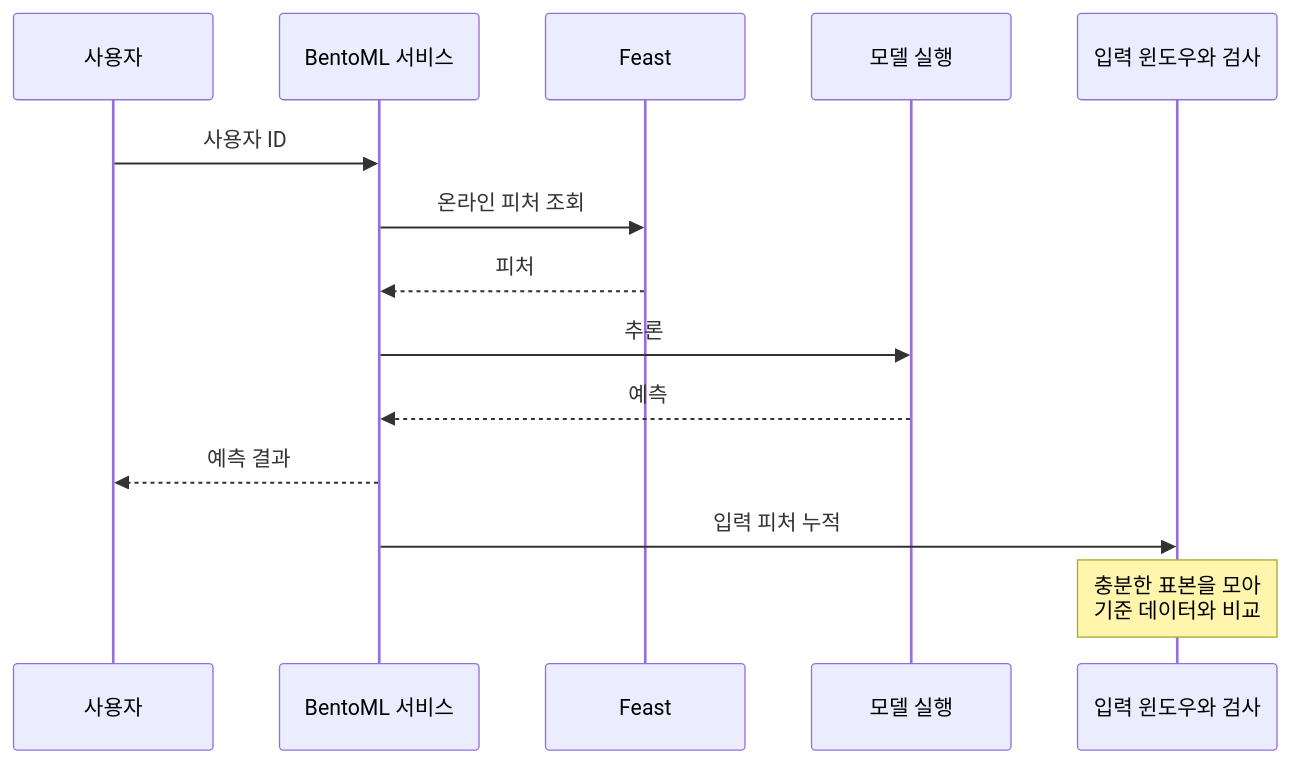
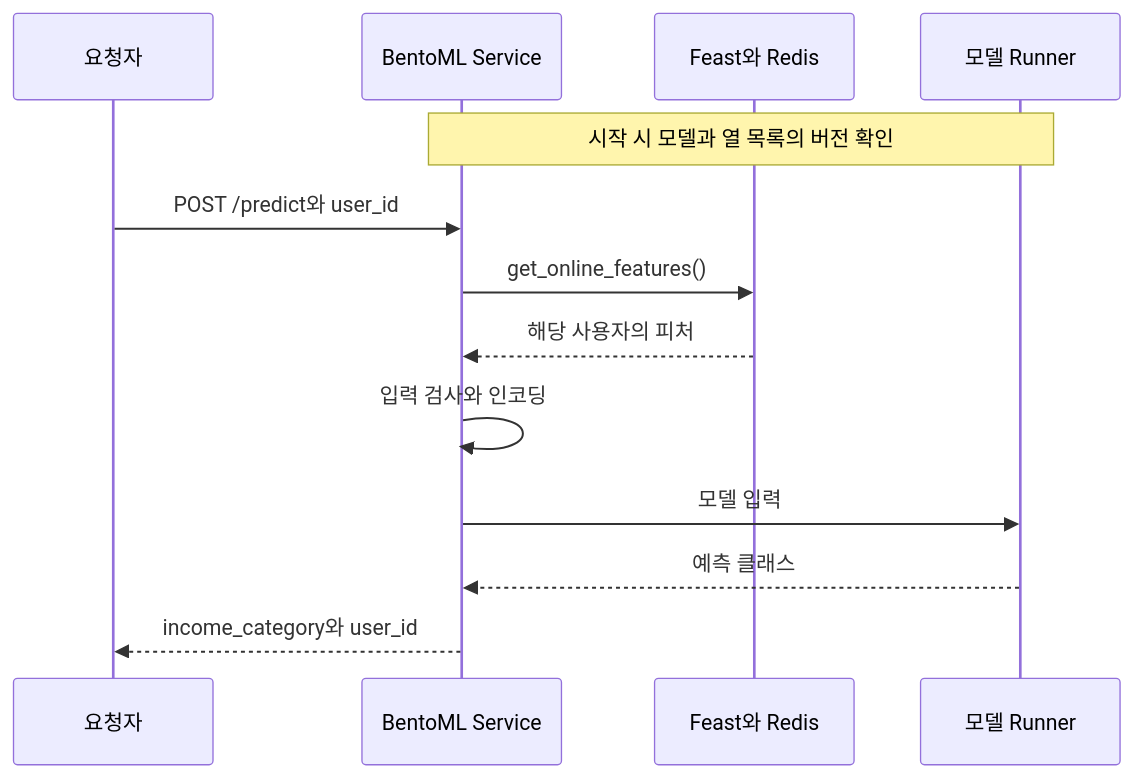
One commit to johklo/johklo.github.io changed the second of 3 diagrams in content/docs/tech/machine-learning-platform-engineering/06-productionizing-models.md. Above: the diagram before and after it, drawn with Mermaid. The commit also changed other lines of this file and 3 other files, not shown here.

````diff
--- a/content/docs/tech/machine-learning-platform-engineering/06-productionizing-models.md
+++ b/content/docs/tech/machine-learning-platform-engineering/06-productionizing-models.md
@@ -16,18 +129,17 @@
 ```mermaid
 sequenceDiagram
-    accTitle: 요청 기반 추론과 입력 윈도우의 드리프트 검사
-    accDescr: API는 사용자 ID의 피처를 조회해 예측을 반환한다. 입력 피처는 윈도우에 모아 기준 데이터와 비교하며, 단일 요청으로 분포 검사를 하지 않는다.
-    participant U as 사용자
-    participant S as BentoML 서비스
-    participant F as Feast
-    participant M as 모델 실행
-    participant W as 입력 윈도우와 검사
-    U->>S: 사용자 ID
-    S->>F: 온라인 피처 조회
-    F-->>S: 피처
-    S->>M: 추론
-    M-->>S: 예측
-    S-->>U: 예측 결과
-    S->>W: 입력 피처 누적
-    Note over W: 충분한 표본을 모아<br/>기준 데이터와 비교
+    accTitle: 소득 분류 API의 사용자 조회와 예측
+    accDescr: 서비스 초기화에서 열 목록과 Feast를 준비한다. 요청마다 온라인 피처를 조회하고 학습 입력 열로 변환한 뒤 Runner를 호출한다. 응답은 소득 범주와 요청한 사용자 ID를 담는다.
+    participant C as 요청자
+    participant S as BentoML Service
+    participant F as Feast와 Redis
+    participant R as 모델 Runner
+    Note over S,R: 시작 시 모델과 열 목록의 버전 확인
+    C->>S: POST /predict와 user_id
+    S->>F: get_online_features()
+    F-->>S: 해당 사용자의 피처
+    S->>S: 입력 검사와 인코딩
+    S->>R: 모델 입력
+    R-->>S: 예측 클래스
+    S-->>C: income_category와 user_id
 ```
````
